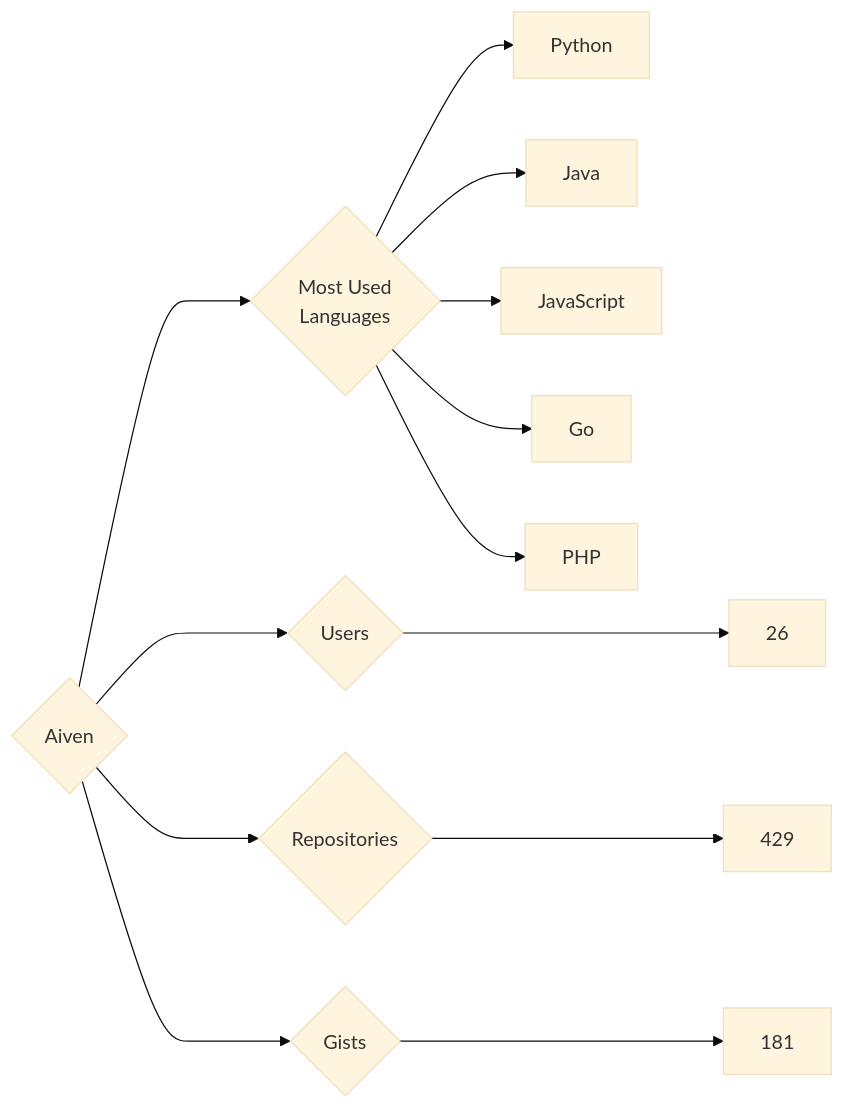
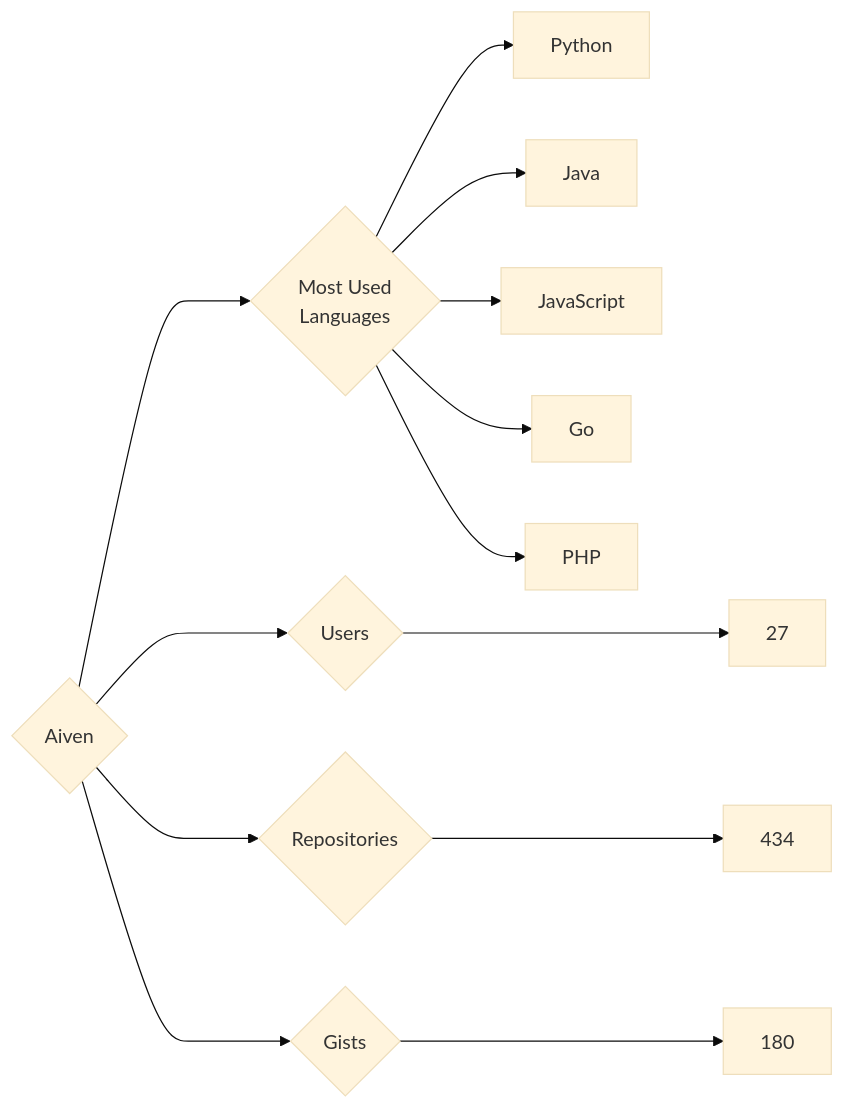
Before and after one commit to trickest/insiders: the diagram in targets/Aiven/README.md, drawn with Mermaid (base theme). The commit also changed 1238 other files, not shown here.

````diff
--- a/targets/Aiven/README.md
+++ b/targets/Aiven/README.md
@@ -3,13 +3,13 @@
 ```mermaid
 graph LR
 COMPANY_NAME{Aiven}
-COMPANY_NAME ---> U{Users} ---> UN[26]
-COMPANY_NAME ---> R{Repositories} ---> RN[429]
-COMPANY_NAME ---> G{Gists} ---> GN[181]
+COMPANY_NAME ---> U{Users} ---> UN[27]
+COMPANY_NAME ---> R{Repositories} ---> RN[434]
+COMPANY_NAME ---> G{Gists} ---> GN[180]
 COMPANY_NAME ---> ML{Most Used<br>Languages}
 ML --> Python[Python]
 ML --> Java[Java]
 ML --> JavaScript[JavaScript]
 ML --> Go[Go]
 ML --> PHP[PHP]
 ```
````
